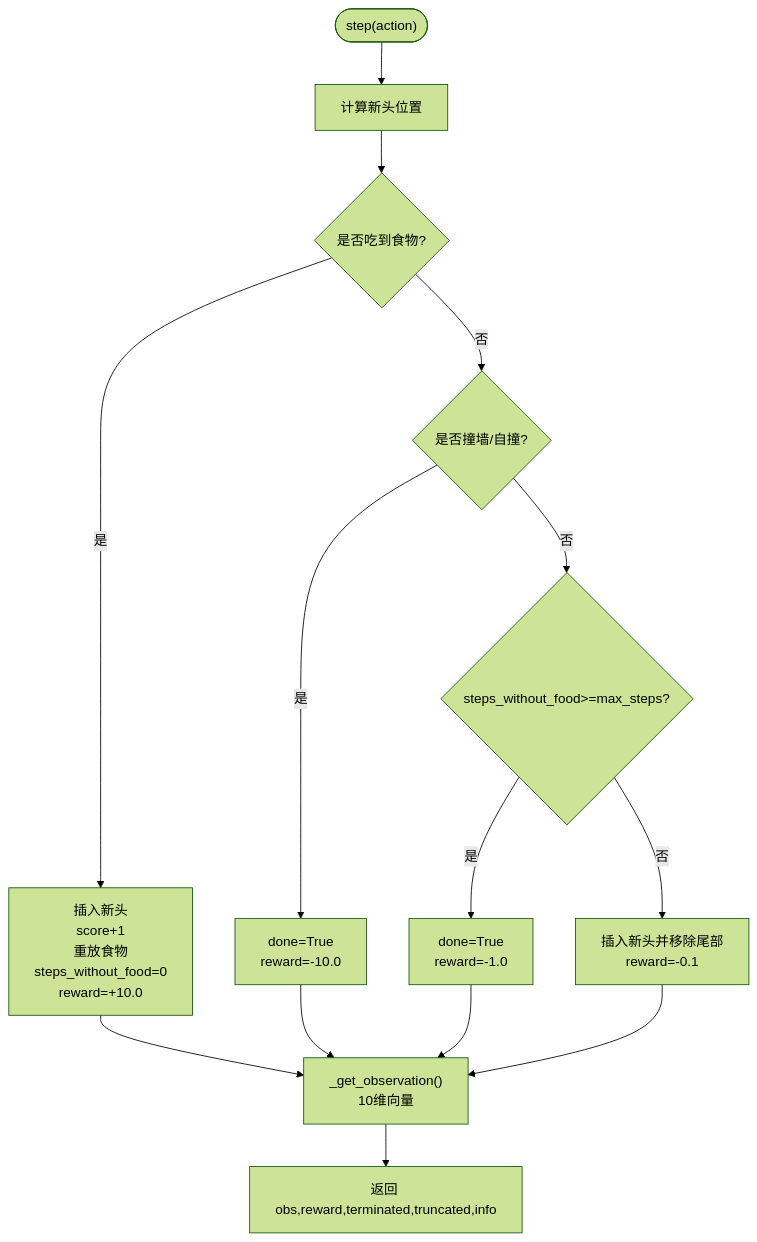
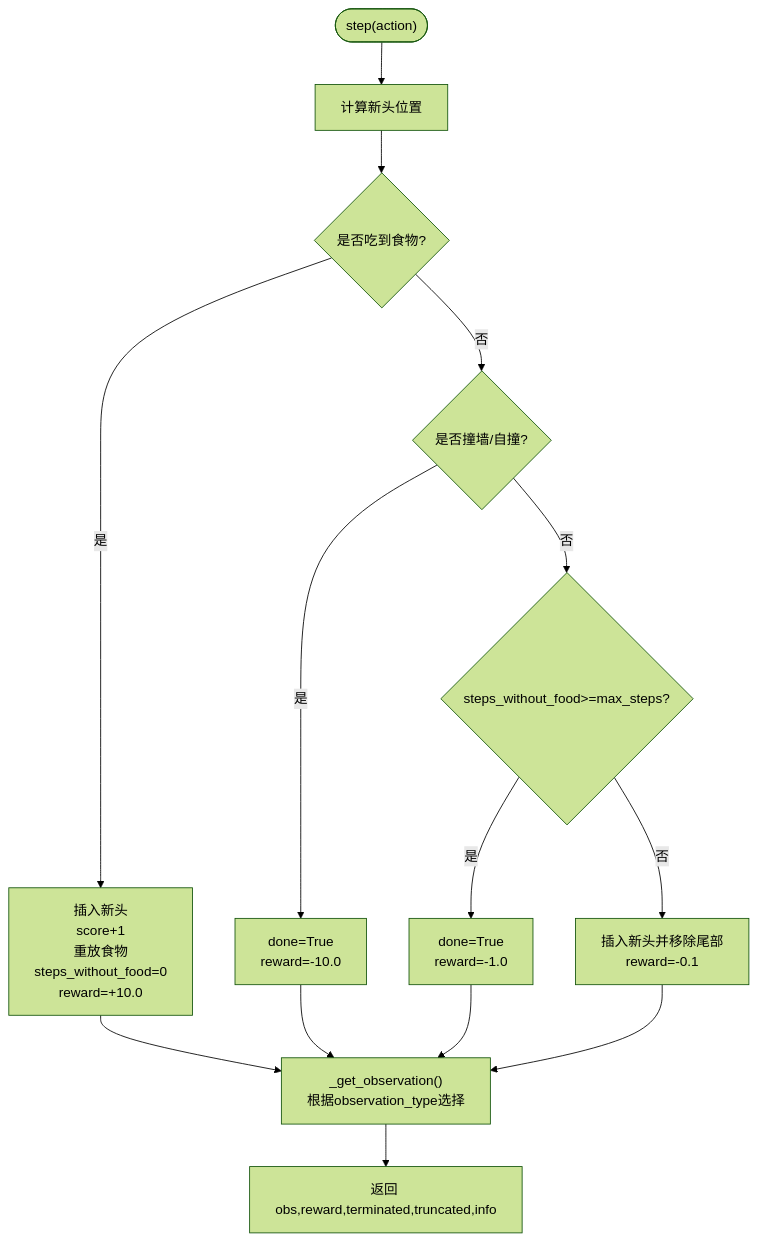
The third of 4 diagrams in .qoder/repowiki/zh/content/贪吃蛇游戏环境.md (fuweiq94-cloud/3399180760000), drawn with Mermaid (forest theme) before and after one commit. The commit also changed other lines of this file and 75 other files, not shown here.

````diff
--- a/.qoder/repowiki/zh/content/贪吃蛇游戏环境.md
+++ b/.qoder/repowiki/zh/content/贪吃蛇游戏环境.md
@@ -158,16 +167,16 @@
 ```mermaid
 flowchart TD
 Start(["step(action)"]) --> Move["计算新头位置"]
 Move --> CheckFood{"是否吃到食物?"}
 CheckFood --> |是| Eat["插入新头<br/>score+1<br/>重放食物<br/>steps_without_food=0<br/>reward=+10.0"]
 CheckFood --> |否| Collision{"是否撞墙/自撞?"}
 Collision --> |是| Die["done=True<br/>reward=-10.0"]
 Collision --> |否| Timeout{"steps_without_food>=max_steps?"}
 Timeout --> |是| TimeoutDie["done=True<br/>reward=-1.0"]
 Timeout --> |否| Normal["插入新头并移除尾部<br/>reward=-0.1"]
-Eat --> Obs["_get_observation()<br/>10维向量"]
+Eat --> Obs["_get_observation()<br/>根据observation_type选择"]
 Die --> Obs
 TimeoutDie --> Obs
 Normal --> Obs
 Obs --> Return["返回 obs,reward,terminated,truncated,info"]
 ```
````
